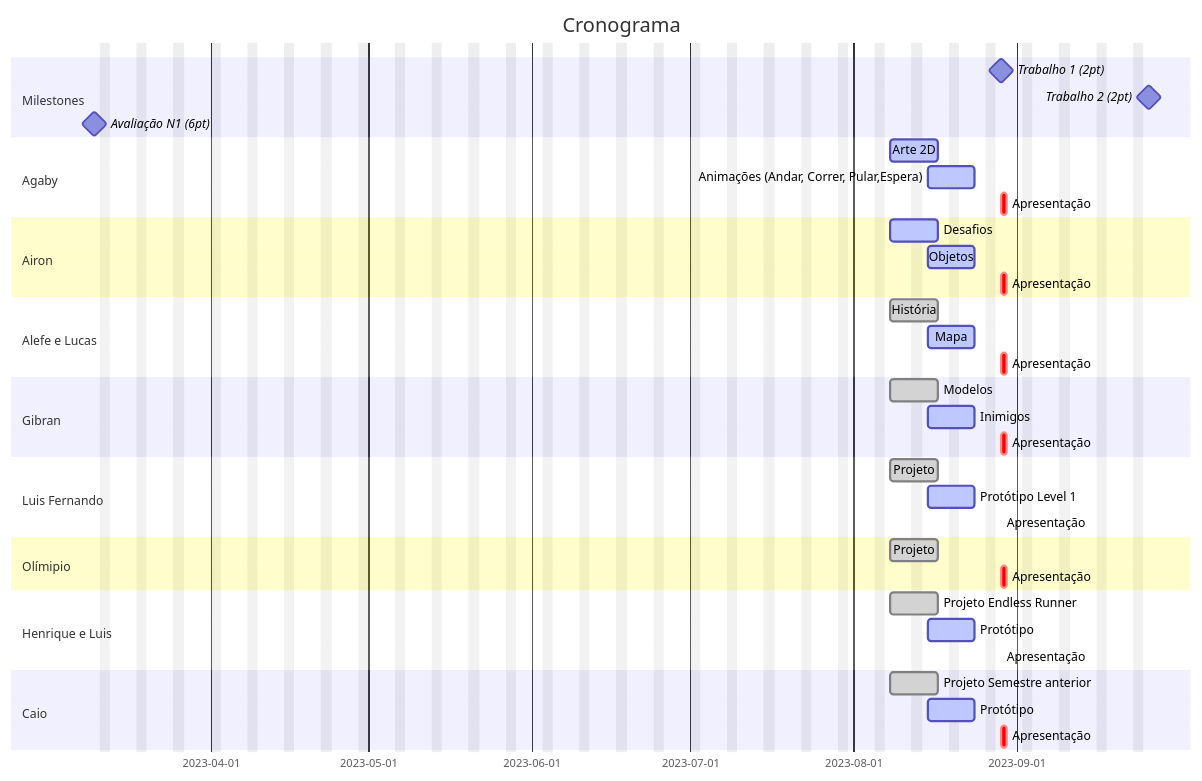
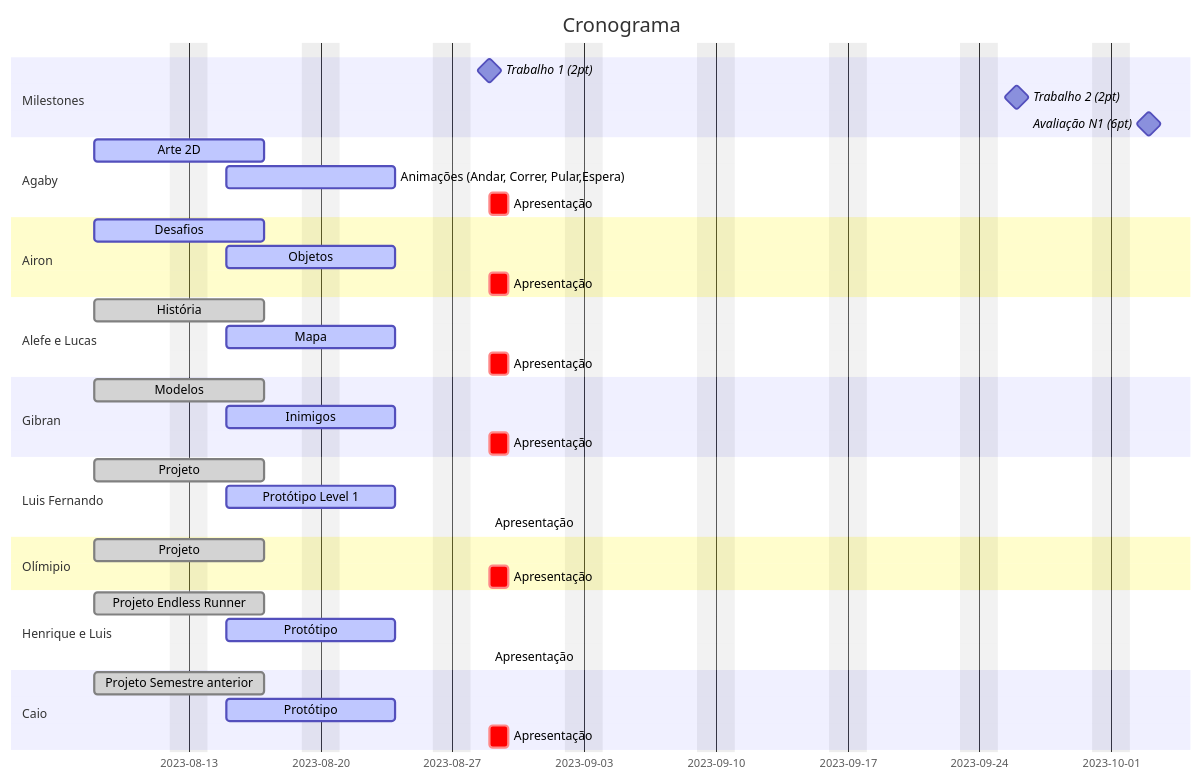
One commit to myerco/CafeGeek changed the diagram in docs/_pages/planejamento/02-projetos-acompanhamento.md. Above: the diagram before and after it, drawn with Mermaid. The commit also changed 2 other files, not shown here.

```diff
--- a/docs/_pages/planejamento/02-projetos-acompanhamento.md
+++ b/docs/_pages/planejamento/02-projetos-acompanhamento.md
@@ -19,51 +19,51 @@
 <div class="mermaid">
 gantt
     title Cronograma
     dateFormat YYYY-MM-DD
     excludes weekends
 
     section Milestones
         Trabalho 1 (2pt)             :milestone, 2023-08-29, 0d
         Trabalho 2 (2pt)             :milestone, 2023-09-26, 0d        
-        Avaliação N1 (6pt)           :milestone, 2023-03-10, 0d                
+        Avaliação N1 (6pt)           :milestone, 2023-10-03, 0d                
 
     section Agaby
     Arte 2D                                   :active,  a1, 2023-08-08, 7d
     Animações (Andar, Correr, Pular,Espera)   :active,  a2, 2023-08-15, 7d
     Apresentação                              :crit, a3, 2023-08-29, 1d                
     
     section Airon
     Desafios                                  :active, b1,2023-08-08, 7d
     Objetos                                   :active,  b2, 2023-08-15,7d
     Apresentação                              :crit, b3, 2023-08-29, 1d                    
 
     section Alefe e Lucas
     História                                  :done, c1,2023-08-08, 7d
     Mapa                                      :active,  c1, 2023-08-15,7d
     Apresentação                              :crit, c3, 2023-08-29, 1d                    
 
     section Gibran
     Modelos                                  :done, d1,2023-08-08, 7d
     Inimigos                                 :active,  d2, 2023-08-15,7d
     Apresentação                             :crit, d3, 2023-08-29, 1d                        
 
     section Luis Fernando
     Projeto                                  :done, e1,2023-08-08, 7d
     Protótipo Level 1                        :active,  e1, 2023-08-15,7d    
     Apresentação                             :crit, e3, 2023-08-29, 0d        
 
     section Olímipio
     Projeto                                  :done, f1,2023-08-08, 7d
     Apresentação                             :crit, f2, 2023-08-29, 1d            
     
     section Henrique e Luis
     Projeto Endless Runner                  :done, g1,2023-08-08, 7d
     Protótipo                               :active,  g1, 2023-08-15,7d    
     Apresentação                            :crit, g3, 2023-08-29, 0d        
 
     section Caio
     Projeto Semestre anterior               :done, k1,2023-08-08, 7d
     Protótipo                               :active,  k1, 2023-08-15,7d    
     Apresentação                            :crit, k2, 2023-08-29, 1d                
 
 </div>
```
